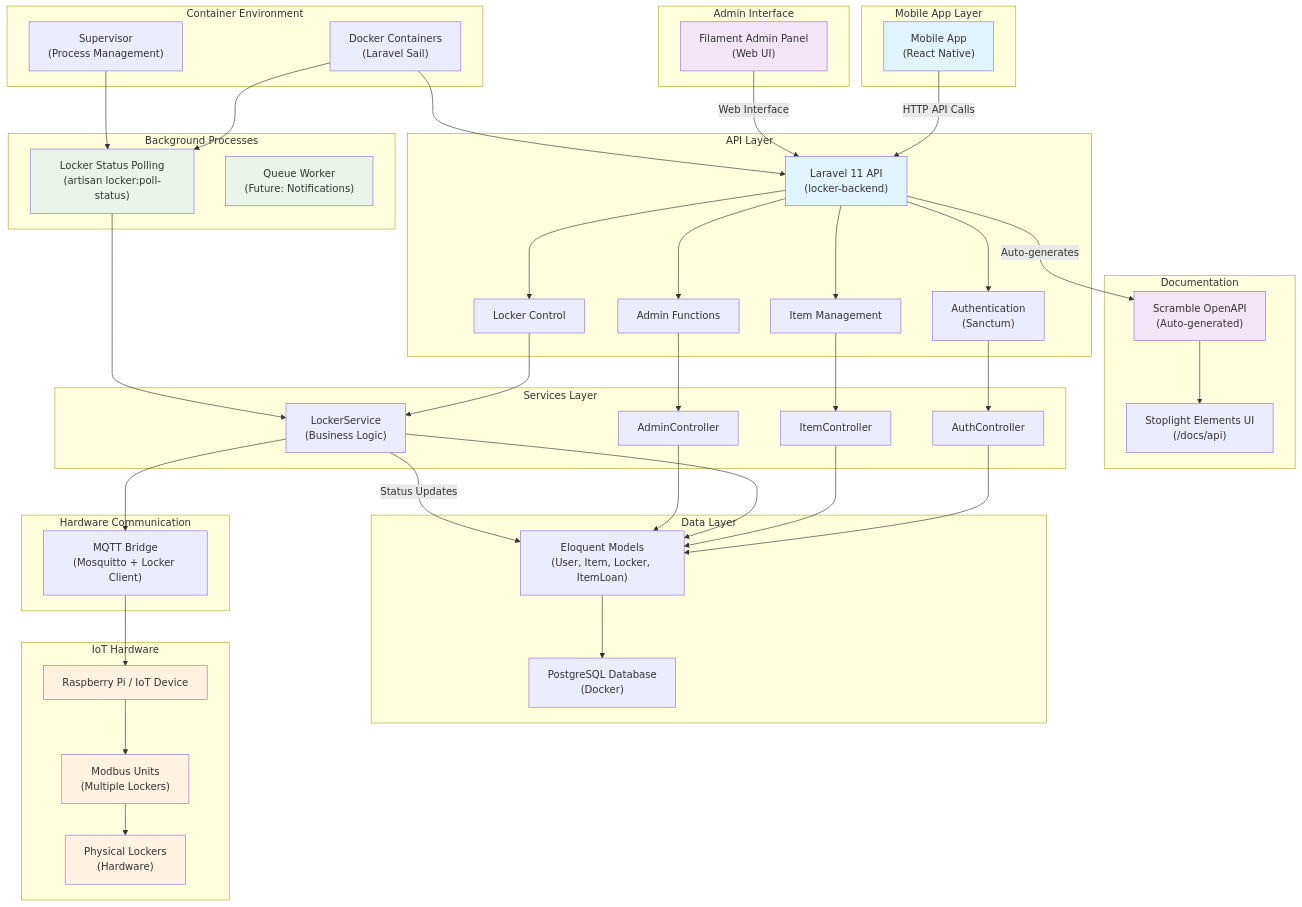
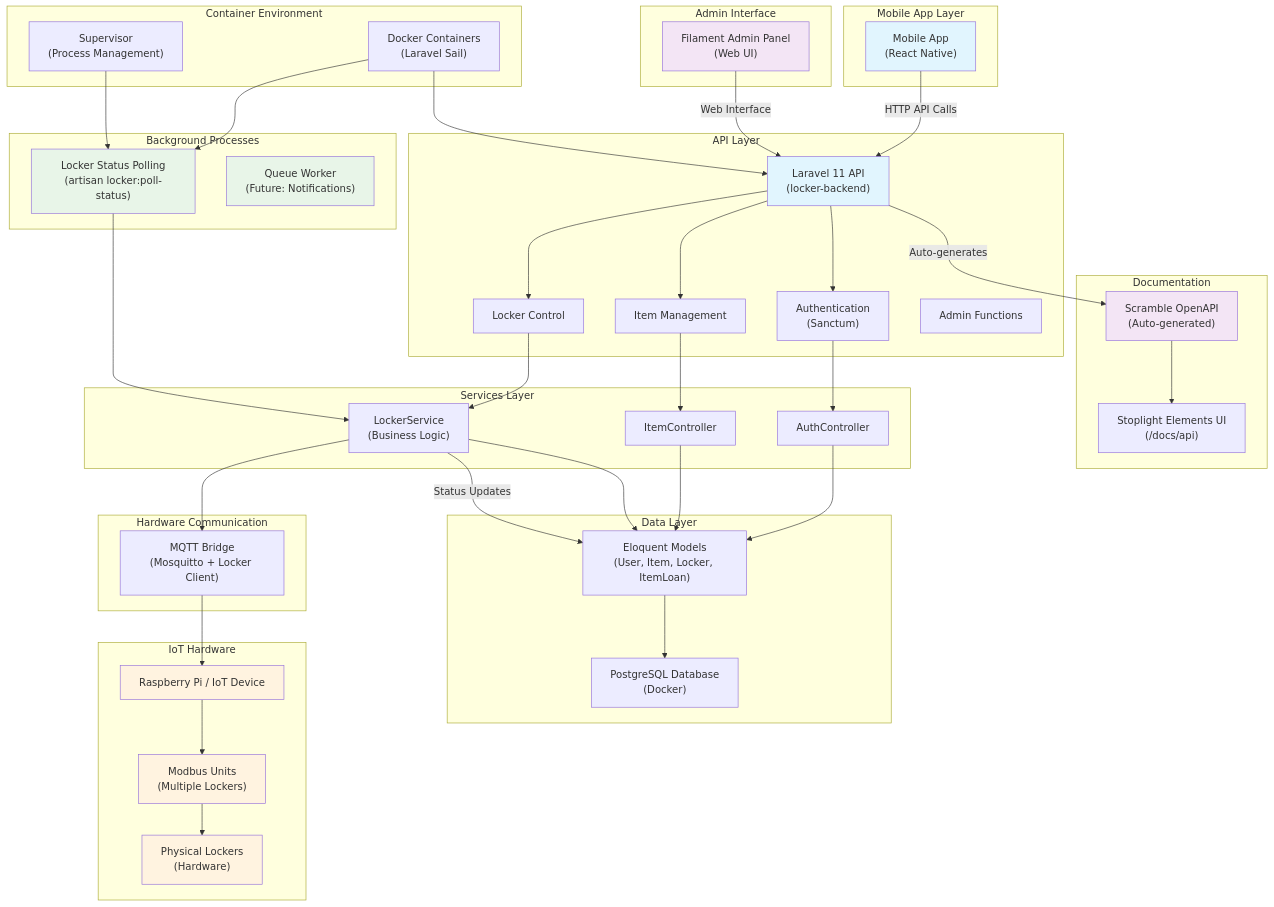
Before and after one commit to Open-Locker/Open-Locker: the diagram in docs/Architecture.md, drawn with Mermaid. The commit also changed other lines of this file and 17 other files, not shown here.

```diff
--- a/docs/Architecture.md
+++ b/docs/Architecture.md
@@ -40,7 +40,6 @@
         LockerService["LockerService<br/>(Business Logic)"]
         AuthService["AuthController"]
         ItemService["ItemController"]
-        AdminService["AdminController"]
     end
     
     subgraph "Data Layer"
@@ -74,19 +73,16 @@
     LaravelAPI --> AuthAPI
     LaravelAPI --> ItemAPI
     LaravelAPI --> LockerAPI
-    LaravelAPI --> AdminAPI
     
     %% Service Layer
     AuthAPI --> AuthService
     ItemAPI --> ItemService
     LockerAPI --> LockerService
-    AdminAPI --> AdminService
     
     %% Data Access
     AuthService --> Models
     ItemService --> Models
     LockerService --> Models
-    AdminService --> Models
     Models --> PostgresDB
     
     %% Hardware Communication (via MQTT + Locker Client)
```
